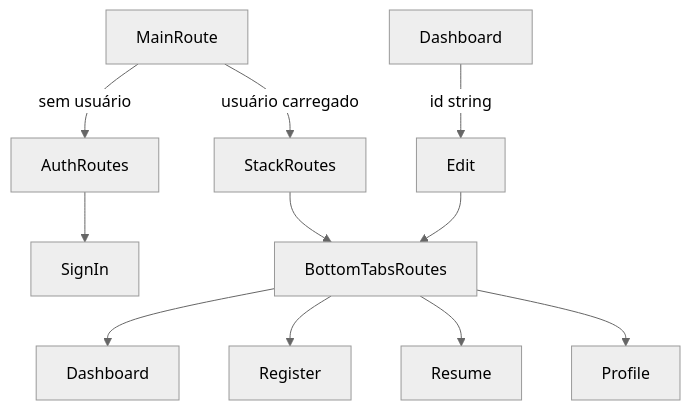
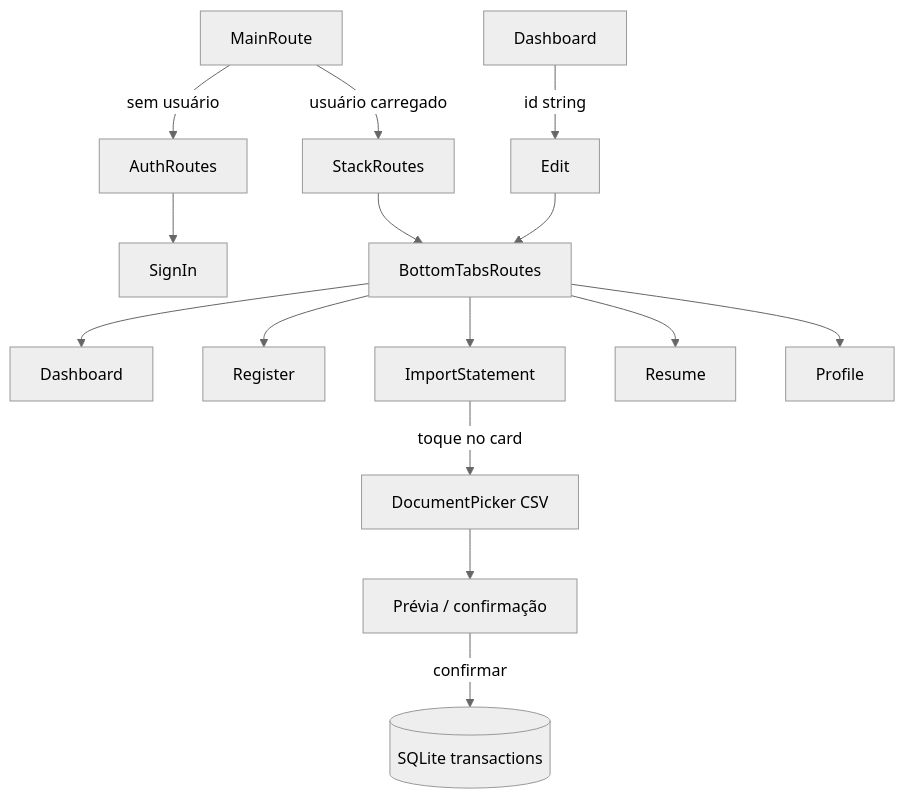
One commit to Pedro-AugusCoelho/GoFinance-React-Native changed the diagram in docs/05-navigation-flow.md. Above: the diagram before and after it, drawn with Mermaid (neutral theme). The commit also changed other lines of this file and 41 other files, not shown here.

First line of the commit message:
feat: add bank statement import from Nubank and PicPay

````diff
--- a/docs/05-navigation-flow.md
+++ b/docs/05-navigation-flow.md
@@ -3,13 +3,17 @@
 ```mermaid
 flowchart TD
   MainRoute -->|sem usuário| AuthRoutes
   AuthRoutes --> Login[SignIn]
   MainRoute -->|usuário carregado| StackRoutes
   StackRoutes --> Tabs[BottomTabsRoutes]
   Tabs --> Listagem[Dashboard]
   Tabs --> Cadastrar[Register]
+  Tabs --> Importar[ImportStatement]
   Tabs --> Resumo[Resume]
   Tabs --> Perfil[Profile]
   Dashboard -->|id string| Edit[Edit]
   Edit --> Tabs
+  Importar -->|toque no card| Picker[DocumentPicker CSV]
+  Picker --> Preview[Prévia / confirmação]
+  Preview -->|confirmar| SQLite[(SQLite transactions)]
 ```
````
